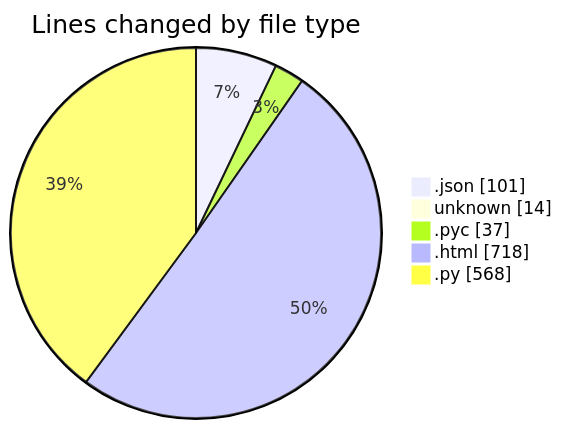
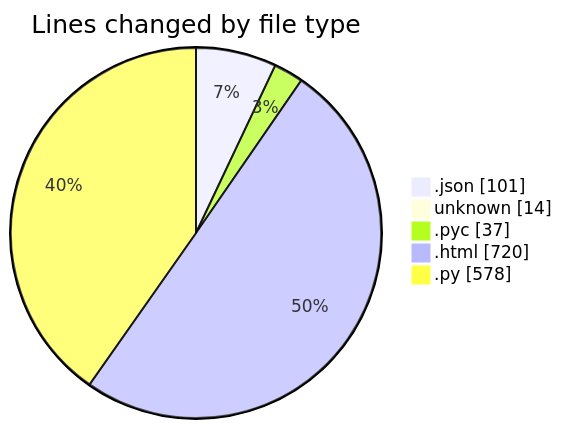
Before and after one commit to Elitesun/code-tracking: the first of 2 diagrams in 2025-04-23/heypy/README.md, drawn with Mermaid. The commit also changed other lines of this file and 1 other file, not shown here.

````diff
--- a/2025-04-23/heypy/README.md
+++ b/2025-04-23/heypy/README.md
@@ -25,9 +25,9 @@
 ```mermaid
 pie showData
 title Lines changed by file type
 ".json" : 101
 "unknown" : 14
 ".pyc" : 37
-".html" : 718
-".py" : 568
+".html" : 720
+".py" : 578
 ```
````
